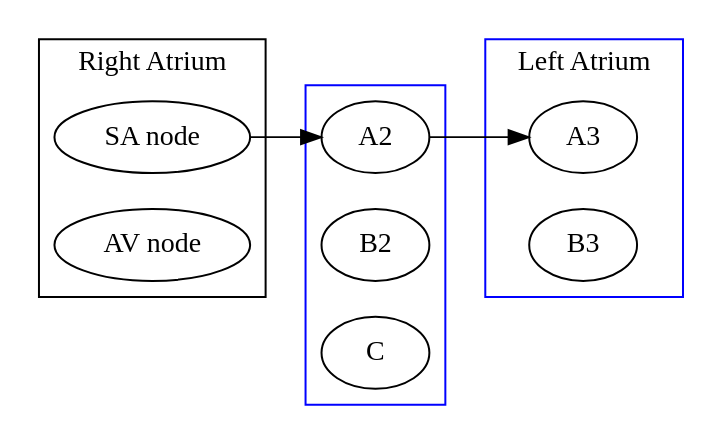
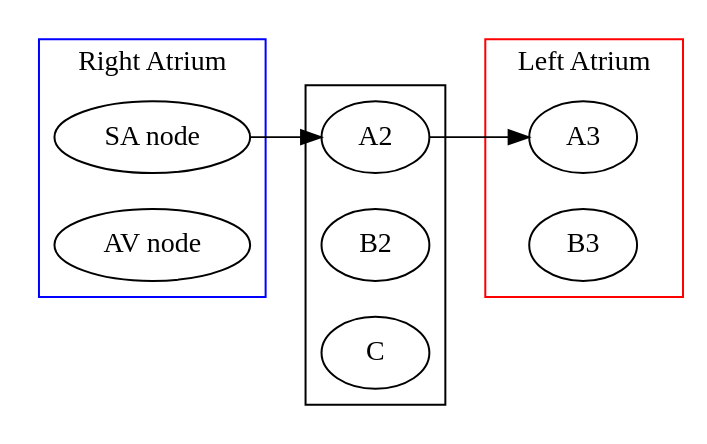
Before and after one commit to meirisoda/school_spring2024: the second of 2 diagrams in NURS380_Practicum/Topics/EKG/EKG and Rhythms.md, drawn with Graphviz.

Commit message:
vault backup: 2024-02-19 17:51:57

````diff
--- a/NURS380_Practicum/Topics/EKG/EKG and Rhythms.md
+++ b/NURS380_Practicum/Topics/EKG/EKG and Rhythms.md
@@ -209,36 +209,35 @@
 ```dot
 digraph g{
 	rankdir = LR;
 	node [shape = ellipse]
 	
 	A->A2->A3;
 
 	subgraph cluster0{
 		shape=rect;
 		rank=same;
+		color=blue;
 		A [label="SA node"];
 		B [label="AV node"];
 		label="Right Atrium";
 	}
 	
 	subgraph cluster1{
 		shape = rect;
 		rank=same;
 		A2;
 		B2;
 		C;
-		color=blue;
-		label="";
 	}
 
 	subgraph cluster2 {
 		shape=rect;
 		rank=same;
+		color=red;
 		A3;
 		B3;
-		color=blue;
 		label="Left Atrium";
 	}
 	
 }
 ```
````
